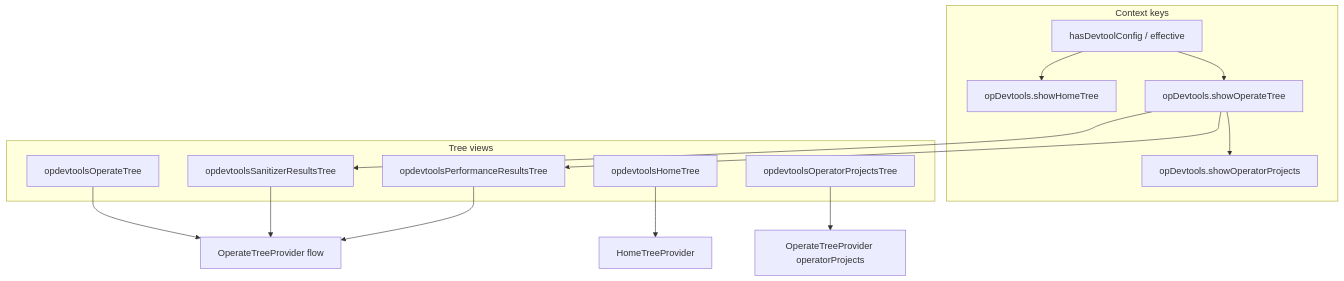
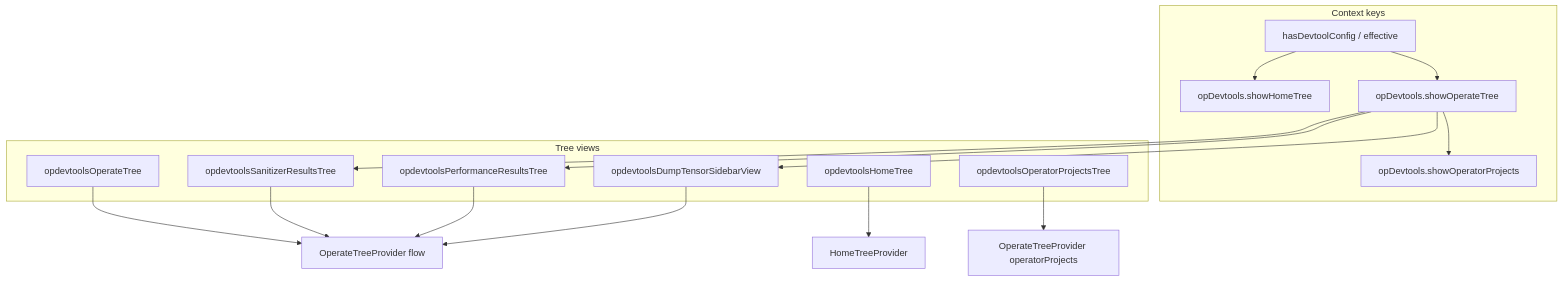
One commit to IdeFrontend/opdev_plugin changed the diagram in docs/operator-treeview.md. Above: the diagram before and after it, drawn with Mermaid. The commit also changed other lines of this file and 57 other files, not shown here.

First line of the commit message:
GC-87: replace dump tensor webview with a native results tree

````diff
--- a/docs/operator-treeview.md
+++ b/docs/operator-treeview.md
@@ -13,26 +13,29 @@
 ```mermaid
 flowchart TB
   subgraph contexts [Context keys]
     HC[hasDevtoolConfig / effective]
     HT[opDevtools.showHomeTree]
     OT[opDevtools.showOperateTree]
     OP[opDevtools.showOperatorProjects]
   end
   subgraph views [Tree views]
     Home[opdevtoolsHomeTree]
     Actions[opdevtoolsOperateTree]
     Ops[opdevtoolsOperatorProjectsTree]
     San[opdevtoolsSanitizerResultsTree]
     Perf[opdevtoolsPerformanceResultsTree]
+    Dump[opdevtoolsDumpTensorSidebarView]
   end
   HC --> HT
   HC --> OT
   OT --> San
   OT --> Perf
+  OT --> Dump
   OT --> OP
   Home --> HomeTP[HomeTreeProvider]
   Actions --> FlowTP[OperateTreeProvider flow]
   Ops --> OpsTP[OperateTreeProvider operatorProjects]
   San --> FlowTP
   Perf --> FlowTP
+  Dump --> FlowTP
 ```
````
